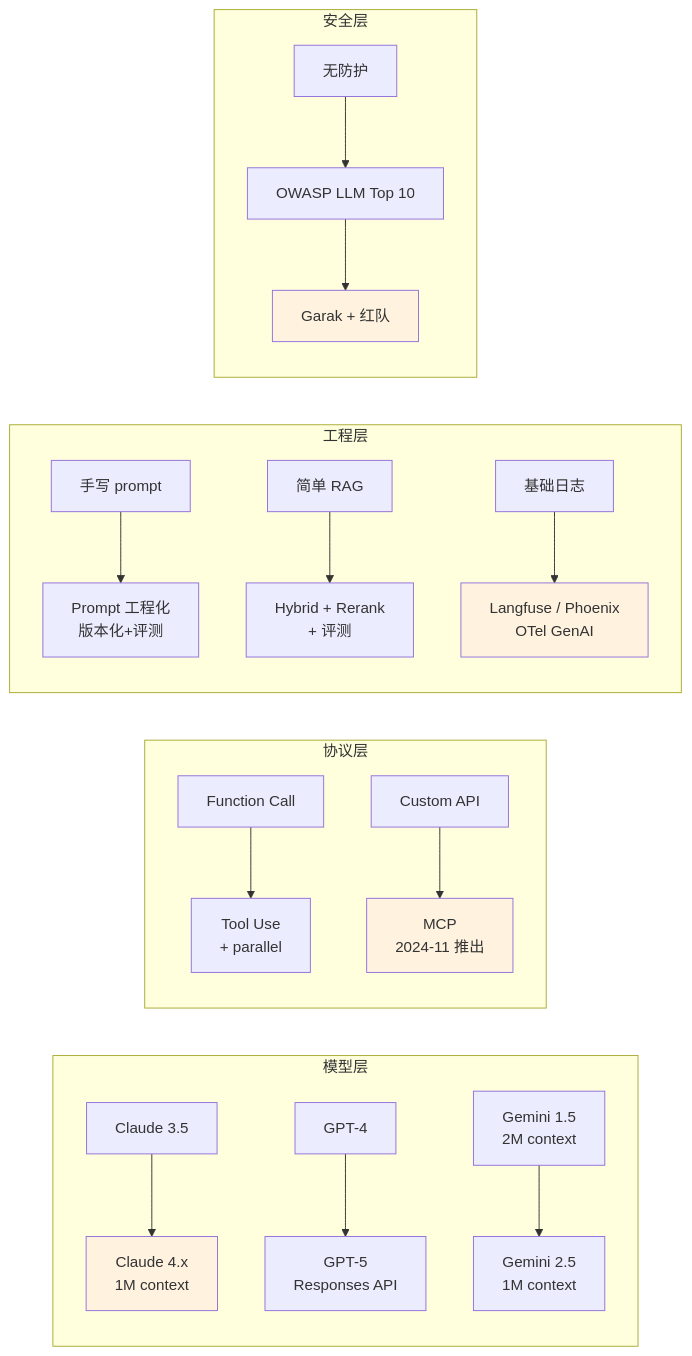
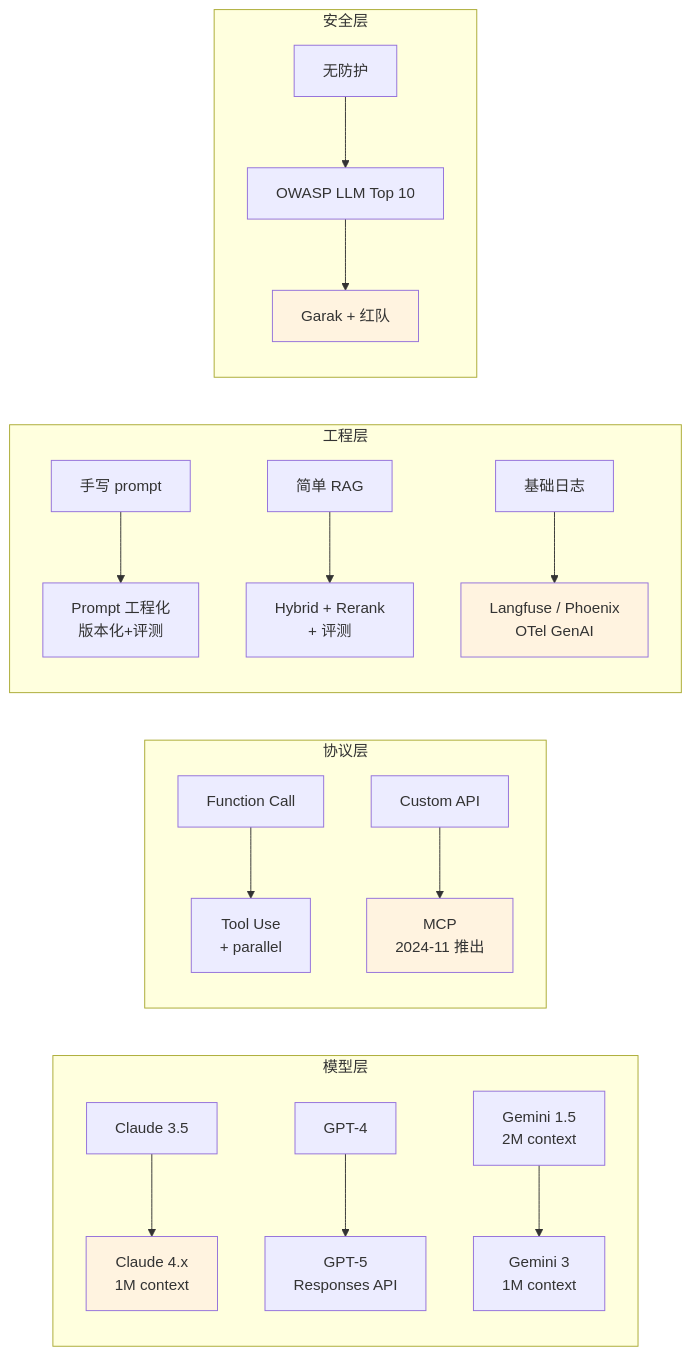
Diagram 15 of 15 in ai-backend/ROADMAP.md (Kirby980/backend-handbook), drawn with Mermaid before and after one commit. The commit also changed other lines of this file and 53 other files, not shown here.

````diff
--- a/ai-backend/ROADMAP.md
+++ b/ai-backend/ROADMAP.md
@@ -346,29 +346,29 @@
 ```mermaid
 graph LR
     subgraph 模型层
     M1[Claude 3.5] --> M2[Claude 4.x<br>1M context]
     M3[GPT-4] --> M4[GPT-5<br>Responses API]
-    M5[Gemini 1.5<br>2M context] --> M6[Gemini 2.5<br>1M context]
+    M5[Gemini 1.5<br>2M context] --> M6[Gemini 3<br>1M context]
     end
 
     subgraph 协议层
     P1[Function Call] --> P2[Tool Use<br>+ parallel]
     P3[Custom API] --> P4[MCP<br>2024-11 推出]
     end
 
     subgraph 工程层
     E1[手写 prompt] --> E2[Prompt 工程化<br>版本化+评测]
     E3[简单 RAG] --> E4[Hybrid + Rerank<br>+ 评测]
     E5[基础日志] --> E6[Langfuse / Phoenix<br>OTel GenAI]
     end
 
     subgraph 安全层
     S1[无防护] --> S2[OWASP LLM Top 10]
     S2 --> S3[Garak + 红队]
     end
 
     style M2 fill:#fff3e0
     style P4 fill:#fff3e0
     style E6 fill:#fff3e0
     style S3 fill:#fff3e0
 ```
````
